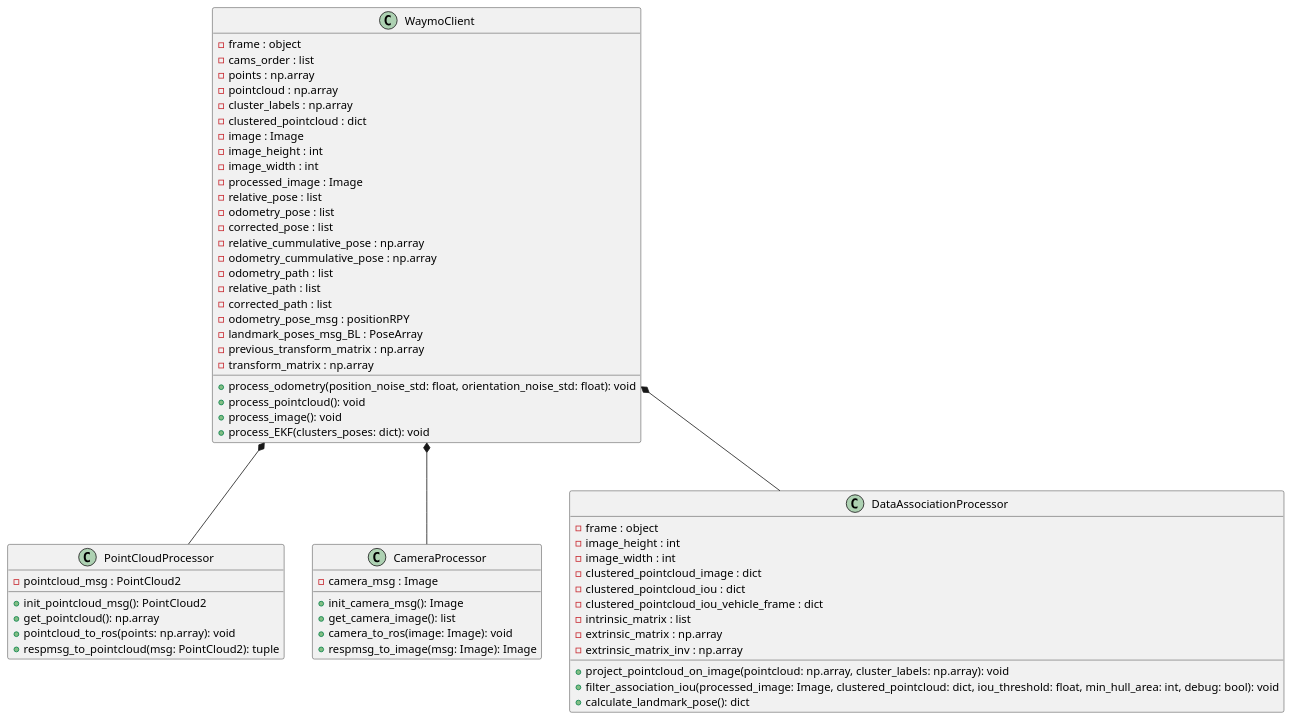
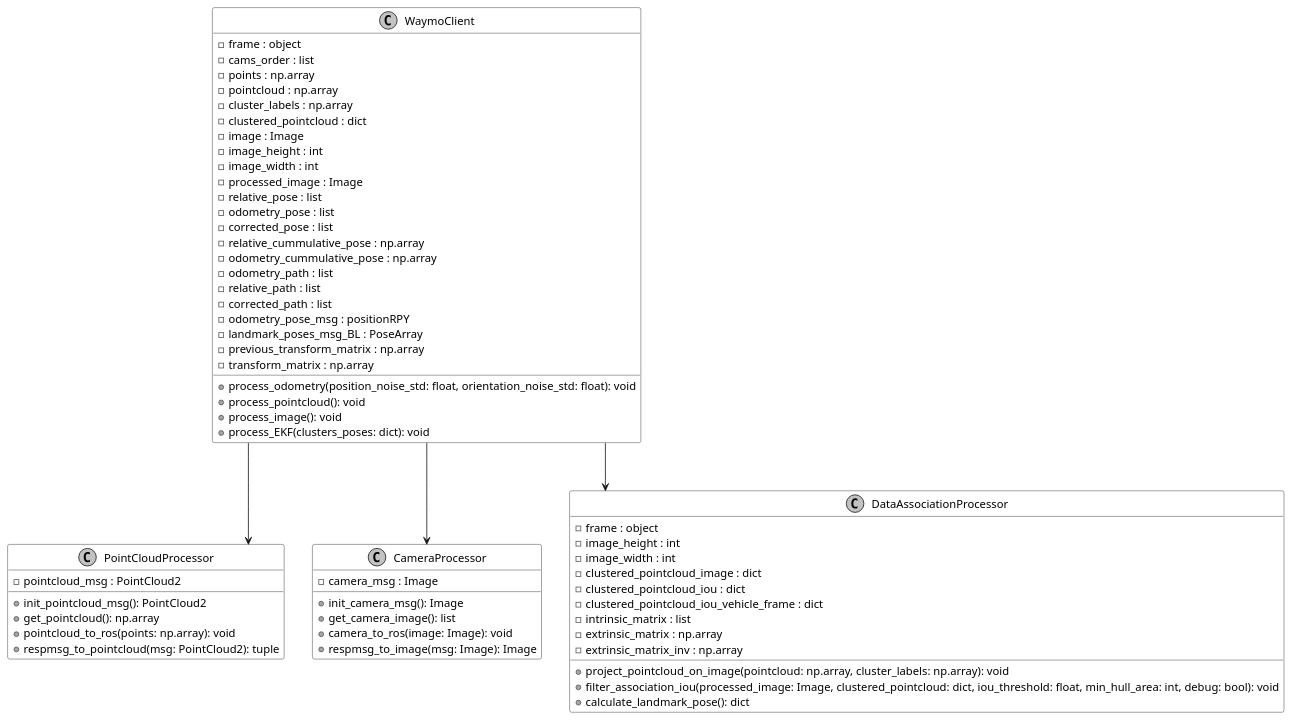
One commit to RodrigoIglesia/TFM_Landmark_Based_Localization changed the diagram in uml/classes/waymo_client_class.puml. Above: the diagram before and after it, drawn with PlantUML. The commit also changed 25 other files, not shown here.

```diff
--- a/uml/classes/waymo_client_class.puml
+++ b/uml/classes/waymo_client_class.puml
@@ -1,71 +1,73 @@
 @startuml
-
+skinparam linetype ortho
+skinparam monochrome true
+skinparam classBackgroundColor white
 class WaymoClient {
     - frame : object
     - cams_order : list
     - points : np.array
     - pointcloud : np.array
     - cluster_labels : np.array
     - clustered_pointcloud : dict
     - image : Image
     - image_height : int
     - image_width : int
     - processed_image : Image
     - relative_pose : list
     - odometry_pose : list
     - corrected_pose : list
     - relative_cummulative_pose : np.array
     - odometry_cummulative_pose : np.array
     - odometry_path : list
     - relative_path : list
     - corrected_path : list
     - odometry_pose_msg : positionRPY
     - landmark_poses_msg_BL : PoseArray
     - previous_transform_matrix : np.array
     - transform_matrix : np.array
 
     + process_odometry(position_noise_std: float, orientation_noise_std: float): void
     + process_pointcloud(): void
     + process_image(): void
     + process_EKF(clusters_poses: dict): void
 }
 
 class PointCloudProcessor {
     - pointcloud_msg : PointCloud2
 
     + init_pointcloud_msg(): PointCloud2
     + get_pointcloud(): np.array
     + pointcloud_to_ros(points: np.array): void
     + respmsg_to_pointcloud(msg: PointCloud2): tuple
 }
 
 class CameraProcessor {
     - camera_msg : Image
 
     + init_camera_msg(): Image
     + get_camera_image(): list
     + camera_to_ros(image: Image): void
     + respmsg_to_image(msg: Image): Image
 }
 
 class DataAssociationProcessor {
     - frame : object
     - image_height : int
     - image_width : int
     - clustered_pointcloud_image : dict
     - clustered_pointcloud_iou : dict
     - clustered_pointcloud_iou_vehicle_frame : dict
     - intrinsic_matrix : list
     - extrinsic_matrix : np.array
     - extrinsic_matrix_inv : np.array
 
     + project_pointcloud_on_image(pointcloud: np.array, cluster_labels: np.array): void
     + filter_association_iou(processed_image: Image, clustered_pointcloud: dict, iou_threshold: float, min_hull_area: int, debug: bool): void
     + calculate_landmark_pose(): dict
 }
 
-WaymoClient *-- PointCloudProcessor
-WaymoClient *-- CameraProcessor
-WaymoClient *-- DataAssociationProcessor
+WaymoClient --> PointCloudProcessor
+WaymoClient --> CameraProcessor
+WaymoClient --> DataAssociationProcessor
 
 @enduml
```
